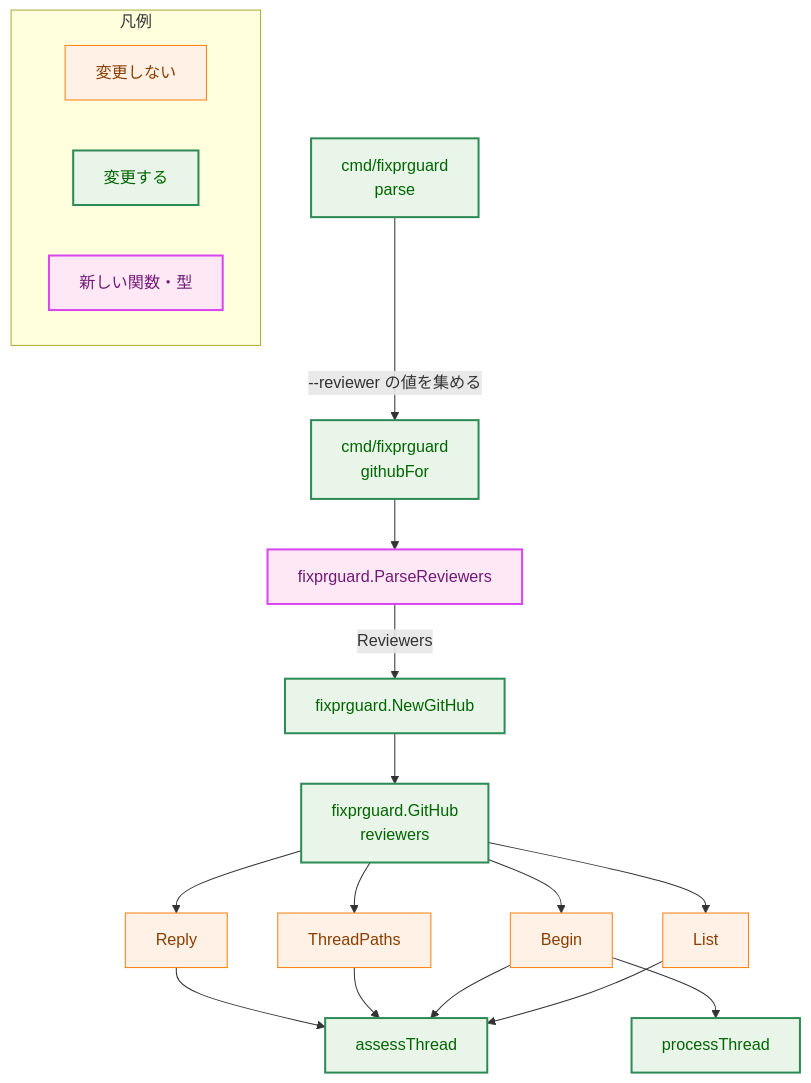
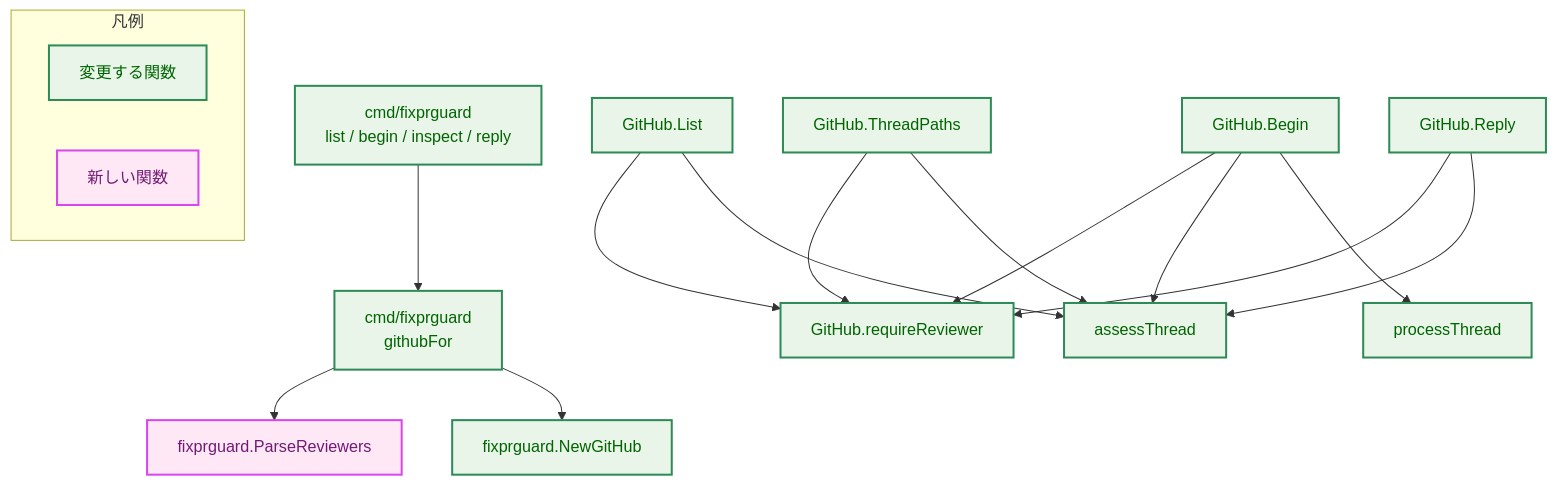
One commit to isseis/yt2column changed the second of 6 diagrams in docs/tasks/0033_multiple_trusted_reviewers/02_architecture.md. Above: the diagram before and after it, drawn with Mermaid. The commit also changed other lines of this file, not shown here.

First line of the commit message:
docs(0033): address architecture review findings

````diff
--- a/docs/tasks/0033_multiple_trusted_reviewers/02_architecture.md
+++ b/docs/tasks/0033_multiple_trusted_reviewers/02_architecture.md
@@ -117,45 +123,40 @@
 ```mermaid
 flowchart TD
-    classDef process fill:#fff1e6,stroke:#ff7f0e,stroke-width:1px,color:#8a3e00;
     classDef enhanced fill:#e8f5e8,stroke:#2e8b57,stroke-width:2px,color:#006400;
     classDef newpkg fill:#ffe8f5,stroke:#d946ef,stroke-width:2px,color:#701a75;
 
-    PARSE["cmd/fixprguard<br>parse"]
+    SUB["cmd/fixprguard<br>list / begin / inspect / reply"]
     GHF["cmd/fixprguard<br>githubFor"]
     PR["fixprguard.ParseReviewers"]
     NG["fixprguard.NewGitHub"]
-    GH["fixprguard.GitHub<br>reviewers"]
-    LIST["List"]
-    BEGIN["Begin"]
-    TP["ThreadPaths"]
-    REPLY["Reply"]
+    LIST["GitHub.List"]
+    BEGIN["GitHub.Begin"]
+    TP["GitHub.ThreadPaths"]
+    REPLY["GitHub.Reply"]
+    REQ["GitHub.requireReviewer"]
     AT["assessThread"]
     PT["processThread"]
 
-    PARSE -->|"--reviewer の値を集める"| GHF
+    SUB --> GHF
     GHF --> PR
-    PR -->|"Reviewers"| NG
-    NG --> GH
-    GH --> LIST
-    GH --> BEGIN
-    GH --> TP
-    GH --> REPLY
+    GHF --> NG
+    LIST --> REQ
+    BEGIN --> REQ
+    TP --> REQ
+    REPLY --> REQ
     LIST --> AT
     BEGIN --> AT
     BEGIN --> PT
     TP --> AT
     REPLY --> AT
 
-    class PARSE,GHF,NG,GH,AT,PT enhanced
+    class SUB,GHF,NG,LIST,BEGIN,TP,REPLY,REQ,AT,PT enhanced
     class PR newpkg
-    class LIST,BEGIN,TP,REPLY process
 
     subgraph Legend["凡例"]
-        LG1["変更しない"]
-        LG2["変更する"]
-        LG3["新しい関数・型"]
+        LG1["変更する関数"]
+        LG2["新しい関数"]
     end
-    class LG1 process
-    class LG2 enhanced
-    class LG3 newpkg
+    class LG1 enhanced
+    class LG2 newpkg
 ```
````
